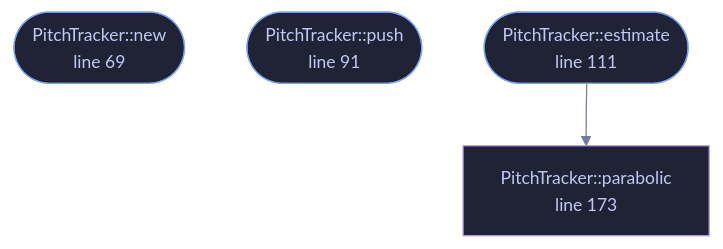
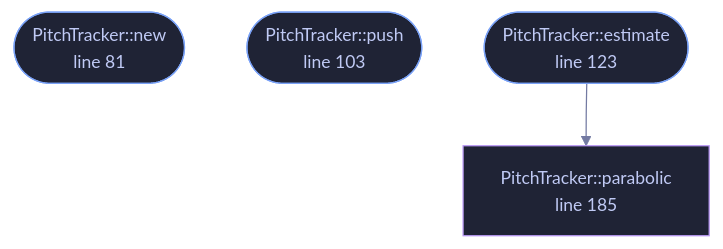
One commit to tilas01/veilvoice changed the diagram in docs/files/veilvoice-core/pitch.md. Above: the diagram before and after it, drawn with Mermaid. The commit also changed other lines of this file and 487 other files, not shown here.

````diff
--- a/docs/files/veilvoice-core/pitch.md
+++ b/docs/files/veilvoice-core/pitch.md
@@ -78,17 +91,17 @@
 ```mermaid
 %%{init: {"theme":"base","themeVariables":{"background":"#1a1b26","primaryColor":"#1f2335","primaryTextColor":"#c0caf5","primaryBorderColor":"#7aa2f7","secondaryColor":"#16161e","tertiaryColor":"#16161e","lineColor":"#737aa2","textColor":"#c0caf5","mainBkg":"#1f2335","nodeBorder":"#7aa2f7","clusterBkg":"#16161e","clusterBorder":"#2f3549","fontFamily":"ui-monospace, SFMono-Regular, Consolas, monospace","fontSize":"14px"}}}%%
 flowchart TD
-    n_new(["PitchTracker::new<br/>line 69"])
-    n_push(["PitchTracker::push<br/>line 91"])
-    n_estimate(["PitchTracker::estimate<br/>line 111"])
-    n_parabolic["PitchTracker::parabolic<br/>line 173"]
+    n_new(["PitchTracker::new<br/>line 81"])
+    n_push(["PitchTracker::push<br/>line 103"])
+    n_estimate(["PitchTracker::estimate<br/>line 123"])
+    n_parabolic["PitchTracker::parabolic<br/>line 185"]
     n_estimate --> n_parabolic
-    click n_new href "https://github.com/tilas01/veilvoice/blob/main/crates/veilvoice-core/src/pitch.rs#L69" "open the source"
-    click n_push href "https://github.com/tilas01/veilvoice/blob/main/crates/veilvoice-core/src/pitch.rs#L91" "open the source"
-    click n_estimate href "https://github.com/tilas01/veilvoice/blob/main/crates/veilvoice-core/src/pitch.rs#L111" "open the source"
-    click n_parabolic href "https://github.com/tilas01/veilvoice/blob/main/crates/veilvoice-core/src/pitch.rs#L173" "open the source"
+    click n_new href "https://github.com/tilas01/veilvoice/blob/main/crates/veilvoice-core/src/pitch.rs#L81" "open the source"
+    click n_push href "https://github.com/tilas01/veilvoice/blob/main/crates/veilvoice-core/src/pitch.rs#L103" "open the source"
+    click n_estimate href "https://github.com/tilas01/veilvoice/blob/main/crates/veilvoice-core/src/pitch.rs#L123" "open the source"
+    click n_parabolic href "https://github.com/tilas01/veilvoice/blob/main/crates/veilvoice-core/src/pitch.rs#L185" "open the source"
     classDef entry fill:#1f2335,stroke:#7aa2f7,color:#c0caf5
     class n_new,n_push,n_estimate entry
     classDef helper fill:#1f2335,stroke:#bb9af7,color:#c0caf5
     class n_parabolic helper
 ```
````
